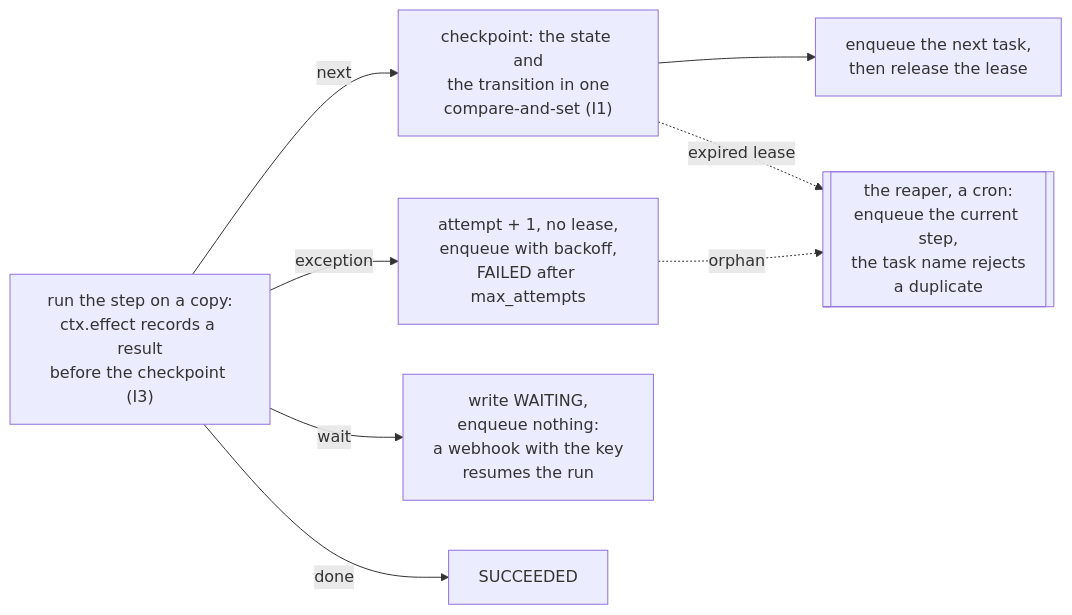
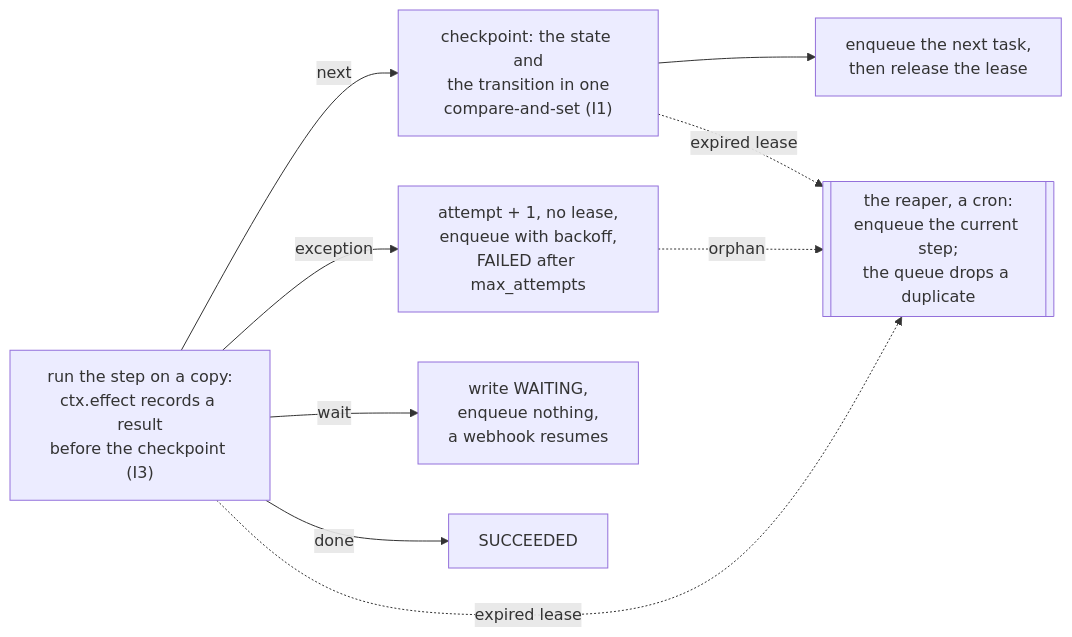
The second of 2 diagrams in 07-application-agent-framework/long-running-durable/lra-core/PRIMER.md (aniryou/full-stack-agentic-engineer), drawn with Mermaid before and after one commit. The commit also changed other lines of this file and 211 other files, not shown here.

````diff
--- a/07-application-agent-framework/long-running-durable/lra-core/PRIMER.md
+++ b/07-application-agent-framework/long-running-durable/lra-core/PRIMER.md
@@ -28,12 +28,13 @@
 ```mermaid
 flowchart LR
   ST["run the step on a copy:<br/>ctx.effect records a result<br/>before the checkpoint (I3)"]
   ST -- next --> C["checkpoint: the state and<br/>the transition in one<br/>compare-and-set (I1)"]
   ST -- exception --> R["attempt + 1, no lease,<br/>enqueue with backoff,<br/>FAILED after max_attempts"]
-  ST -- wait --> W["write WAITING,<br/>enqueue nothing:<br/>a webhook with the key<br/>resumes the run"]
+  ST -- wait --> W["write WAITING,<br/>enqueue nothing,<br/>a webhook resumes"]
   ST -- done --> D["SUCCEEDED"]
   C --> E["enqueue the next task,<br/>then release the lease"]
+  ST -. expired lease .-> RP
   C -. expired lease .-> RP
   R -. orphan .-> RP
-  RP[["the reaper, a cron:<br/>enqueue the current step,<br/>the task name rejects<br/>a duplicate"]]
+  RP[["the reaper, a cron:<br/>enqueue the current step;<br/>the queue drops a duplicate"]]
 ```
````
